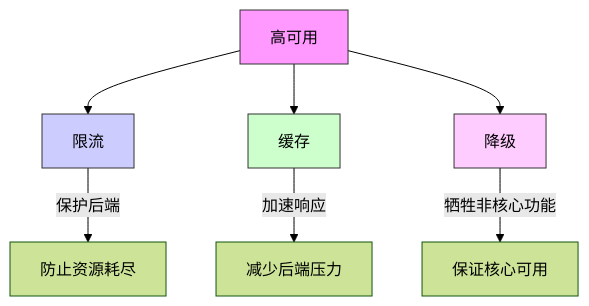
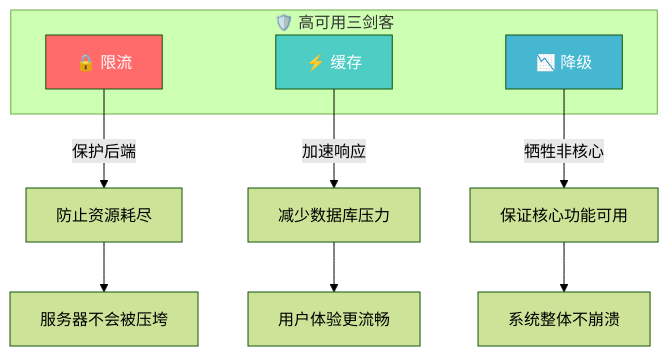
Before and after one commit to zhangshichuan/maxzhang.site: diagram 14 of 14 in articles/zh/nodejs-security-guide.mdx, drawn with Mermaid (forest theme). The commit also changed other lines of this file and 1 other file, not shown here.

````diff
--- a/articles/zh/nodejs-security-guide.mdx
+++ b/articles/zh/nodejs-security-guide.mdx
@@ -446,15 +1325,21 @@
 ```mermaid
 flowchart TD
-    A[高可用] --> B[限流]
-    A --> C[缓存]
-    A --> D[降级]
+    subgraph 高可用三剑客["🛡️ 高可用三剑客"]
+        A[🔒 限流]
+        B[⚡ 缓存]
+        C[📉 降级]
+    end
 
-    B --> |保护后端| E[防止资源耗尽]
-    C --> |加速响应| F[减少后端压力]
-    D --> |牺牲非核心功能| G[保证核心可用]
+    A -->|"保护后端"| A1["防止资源耗尽"]
+    A1 --> A2["服务器不会被压垮"]
 
-    style A fill:#f9f,stroke:#333
-    style B fill:#ccf,stroke:#333
-    style C fill:#cfc,stroke:#333
-    style D fill:#fcf,stroke:#333
+    B -->|"加速响应"| B1["减少数据库压力"]
+    B1 --> B2["用户体验更流畅"]
+
+    C -->|"牺牲非核心"| C1["保证核心功能可用"]
+    C1 --> C2["系统整体不崩溃"]
+
+    style A fill:#ff6b6b,color:#fff
+    style B fill:#4ecdc4,color:#fff
+    style C fill:#45b7d1,color:#fff
 ```
````
